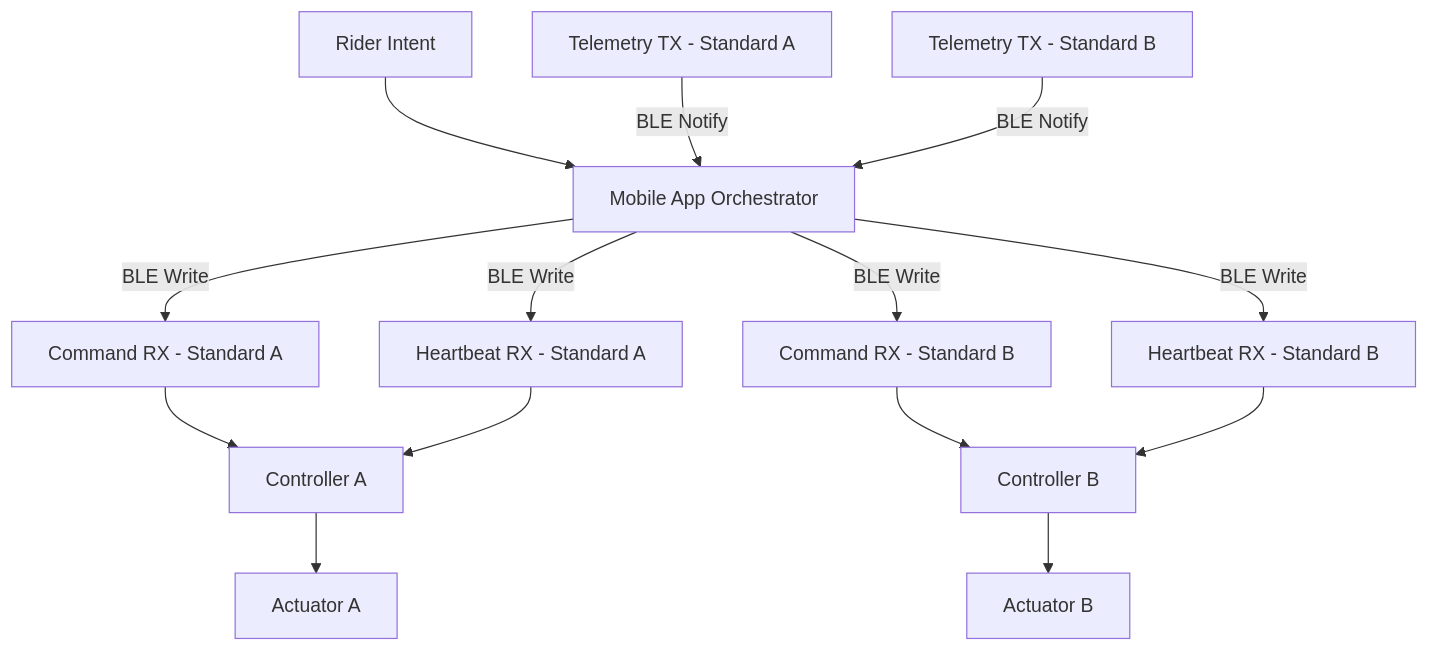
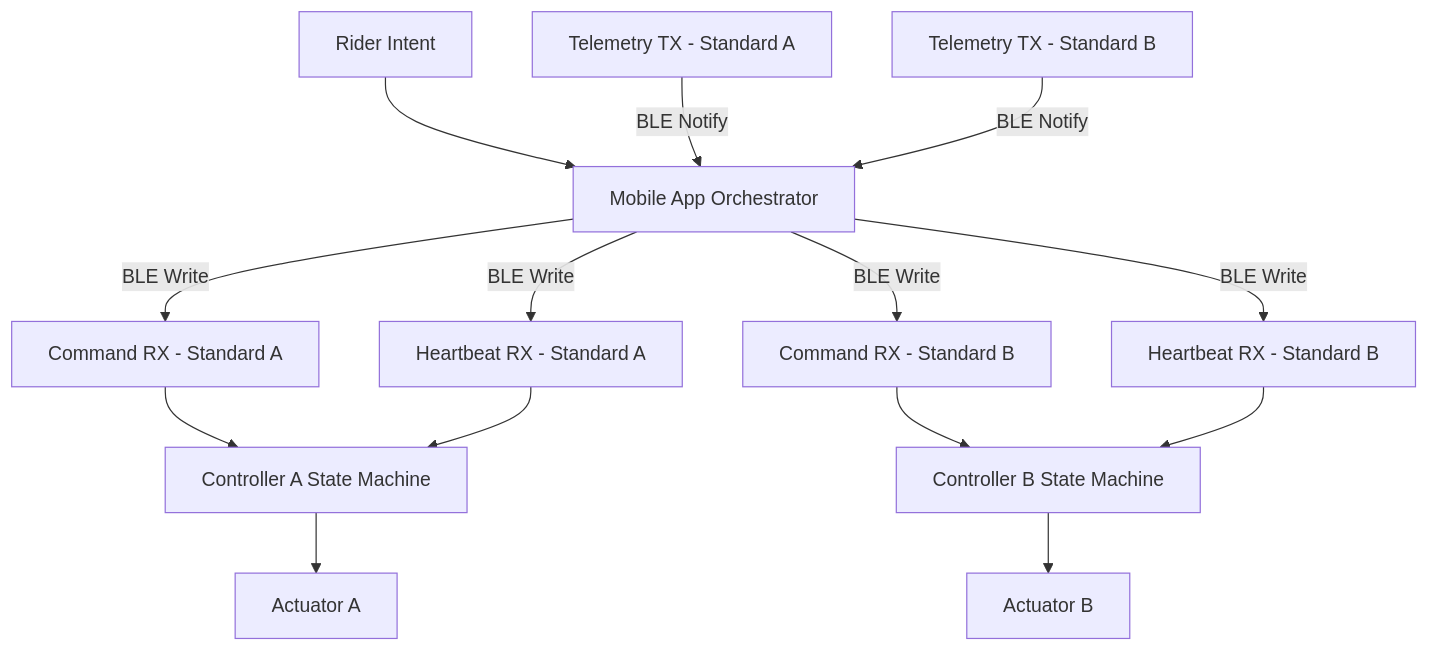
The diagram in README.md (arisharazakhan-cpu/smart-jump-prototype), drawn with Mermaid before and after one commit. The commit also changed other lines of this file, not shown here.

````diff
--- a/README.md
+++ b/README.md
@@ -76,20 +81,20 @@
 ```mermaid
 flowchart TB
     Rider[Rider Intent] --> App[Mobile App Orchestrator]
 
     App -->|BLE Write| CmdA[Command RX - Standard A]
     App -->|BLE Write| HbA[Heartbeat RX - Standard A]
     TelA[Telemetry TX - Standard A] -->|BLE Notify| App
 
     App -->|BLE Write| CmdB[Command RX - Standard B]
     App -->|BLE Write| HbB[Heartbeat RX - Standard B]
     TelB[Telemetry TX - Standard B] -->|BLE Notify| App
 
-    CmdA --> DevA[Controller A]
+    CmdA --> DevA[Controller A State Machine]
     HbA --> DevA
     DevA --> MotA[Actuator A]
 
-    CmdB --> DevB[Controller B]
+    CmdB --> DevB[Controller B State Machine]
     HbB --> DevB
     DevB --> MotB[Actuator B]
 ```
````
